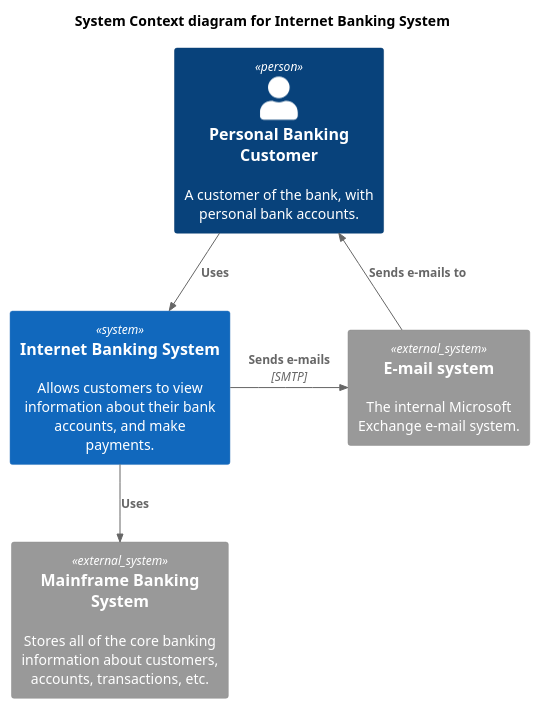
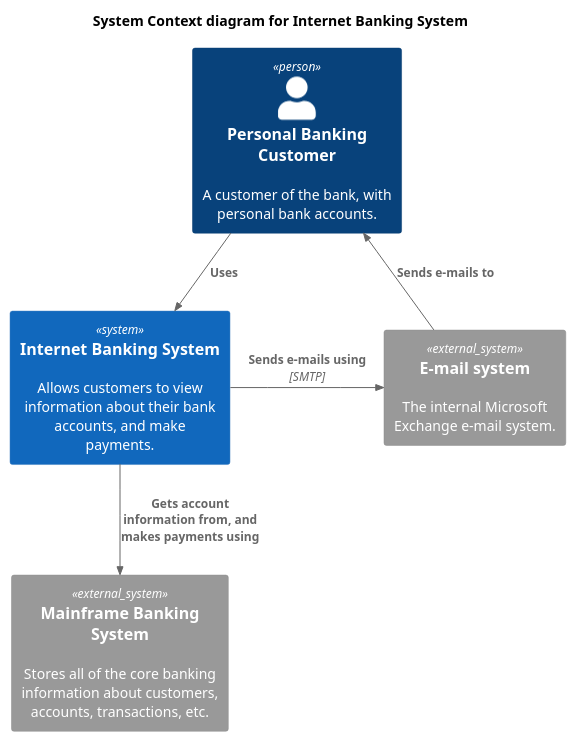
One commit to matsev/c4-model-adoc changed the diagram in docs/c4-example.puml. Above: the diagram before and after it, drawn with PlantUML. The commit also changed 5 other files, not shown here.

```diff
--- a/docs/c4-example.puml
+++ b/docs/c4-example.puml
@@ -1,16 +1,16 @@
 @startuml
 !include <C4/C4_Container>
 title System Context diagram for Internet Banking System
 
 Person(customer, "Personal Banking Customer", "A customer of the bank, with personal bank accounts.")
 System(banking_system, "Internet Banking System", "Allows customers to view information about their bank accounts, and make payments.")
 
 System_Ext(mail_system, "E-mail system", "The internal Microsoft Exchange e-mail system.")
 System_Ext(mainframe, "Mainframe Banking System", "Stores all of the core banking information about customers, accounts, transactions, etc.")
 
 Rel(customer, banking_system, "Uses")
 Rel_Back(customer, mail_system, "Sends e-mails to")
 
-Rel_Neighbor(banking_system, mail_system, "Sends e-mails", "SMTP")
-Rel(banking_system, mainframe, "Uses")
+Rel_Neighbor(banking_system, mail_system, "Sends e-mails using", "SMTP")
+Rel(banking_system, mainframe, "Gets account information from, and makes payments using")
 @enduml
```
